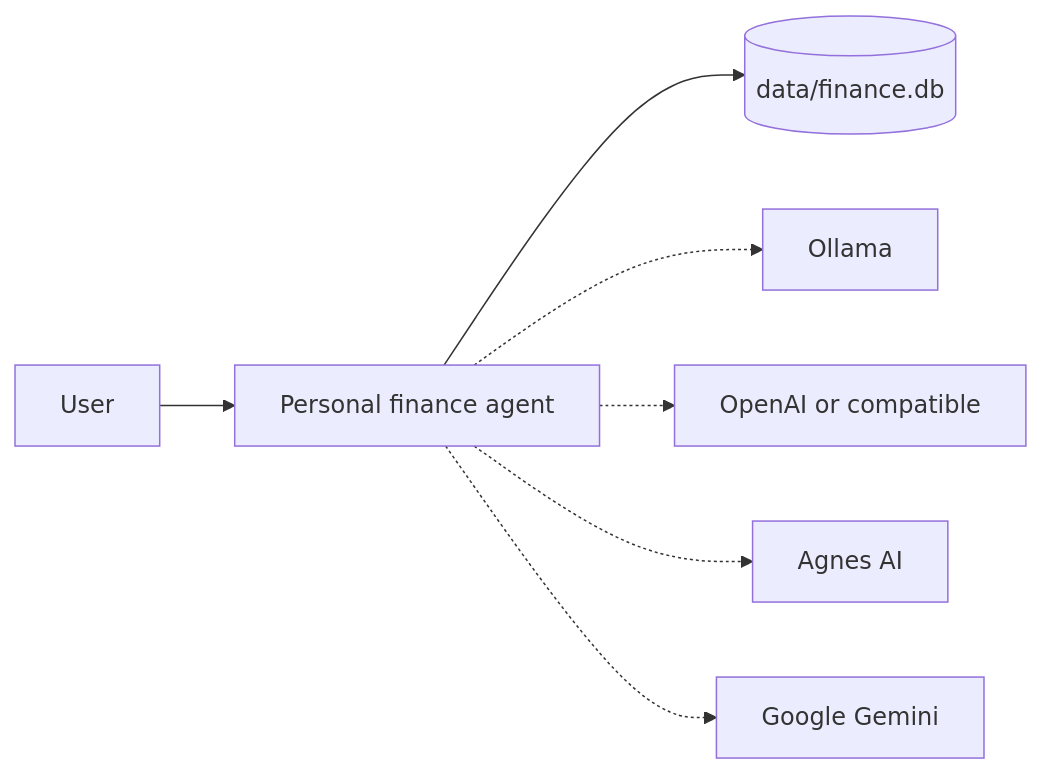
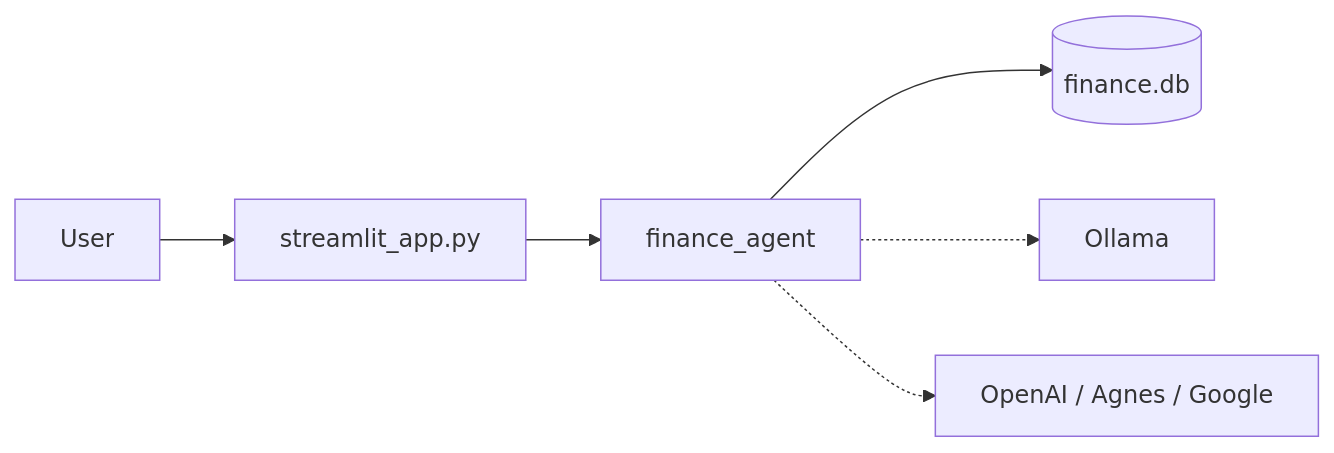
Before and after one commit to pypi-ahmad/intelligent-personal-finance-agent: the diagram in ARCHITECTURE.md, drawn with Mermaid. The commit also changed other lines of this file and 17 other files, not shown here.

````diff
--- a/ARCHITECTURE.md
+++ b/ARCHITECTURE.md
@@ -175,17 +96,8 @@
 ```mermaid
 flowchart LR
-  User[User]
-  App[Personal finance agent]
-  DB[(data/finance.db)]
-  Ollama[Ollama]
-  OpenAI[OpenAI or compatible]
-  Agnes[Agnes AI]
-  Google[Google Gemini]
-
-  User --> App
-  App --> DB
-  App -.-> Ollama
-  App -.-> OpenAI
-  App -.-> Agnes
-  App -.-> Google
+  User --> UI[streamlit_app.py]
+  UI --> Pkg[finance_agent]
+  Pkg --> DB[(finance.db)]
+  Pkg -.-> Ollama
+  Pkg -.-> Cloud[OpenAI / Agnes / Google]
 ```
````
